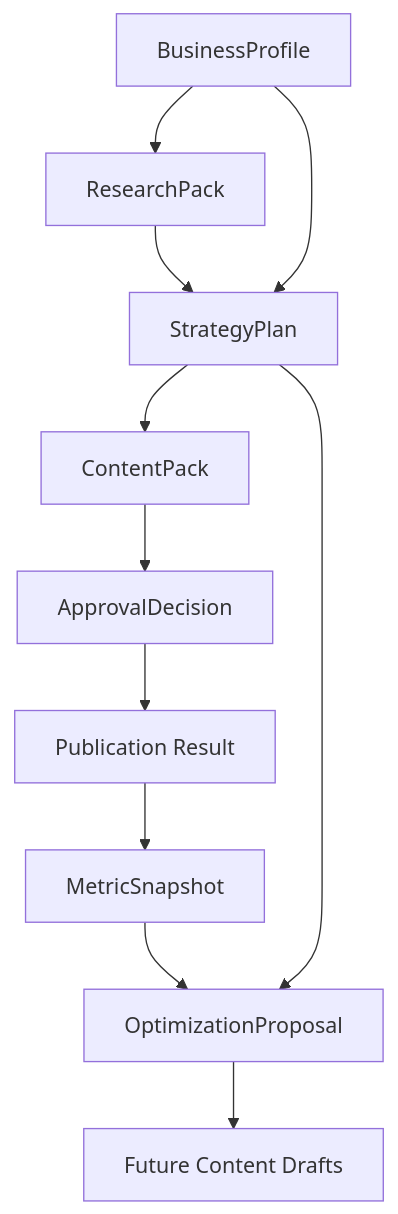
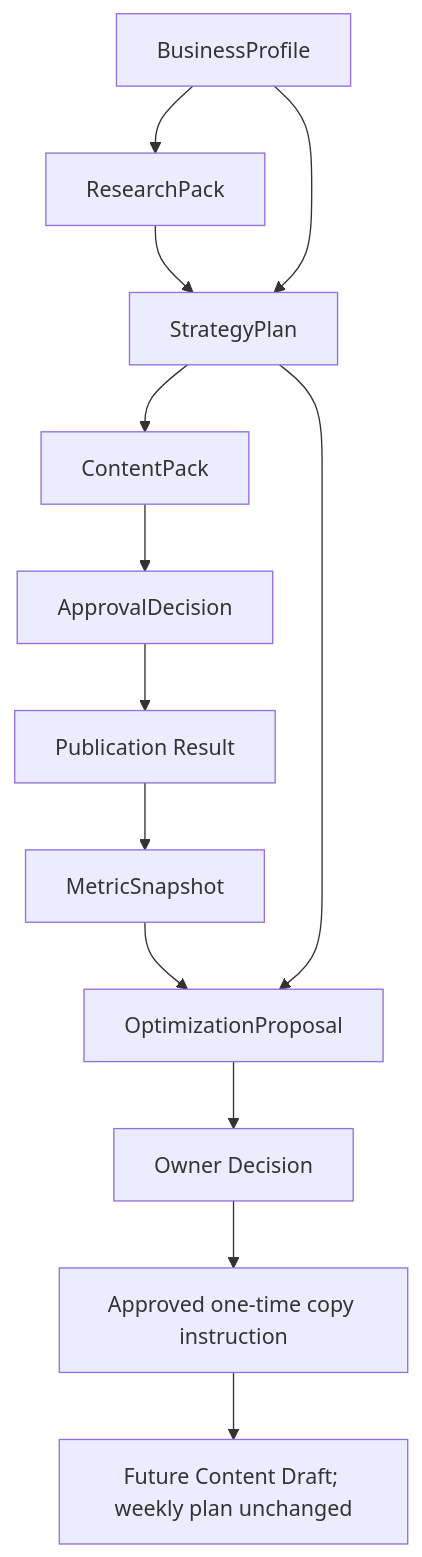
One commit to ARabee3/marketmind-ai changed the second of 2 diagrams in Docs/planning/02_MARKETMIND_AI_FLOW.md. Above: the diagram before and after it, drawn with Mermaid. The commit also changed other lines of this file and 6 other files, not shown here.

````diff
--- a/Docs/planning/02_MARKETMIND_AI_FLOW.md
+++ b/Docs/planning/02_MARKETMIND_AI_FLOW.md
@@ -212,13 +218,15 @@
 ```mermaid
 flowchart TD
     BP["BusinessProfile"] --> RP["ResearchPack"]
     RP --> SP["StrategyPlan"]
     BP --> SP
     SP --> CP["ContentPack"]
     CP --> AD["ApprovalDecision"]
     AD --> PR["Publication Result"]
     PR --> MS["MetricSnapshot"]
     MS --> OP["OptimizationProposal"]
     SP --> OP
-    OP --> CP2["Future Content Drafts"]
+    OP --> OD["Owner Decision"]
+    OD --> OI["Approved one-time copy instruction"]
+    OI --> CP2["Future Content Draft; weekly plan unchanged"]
 ```
````
